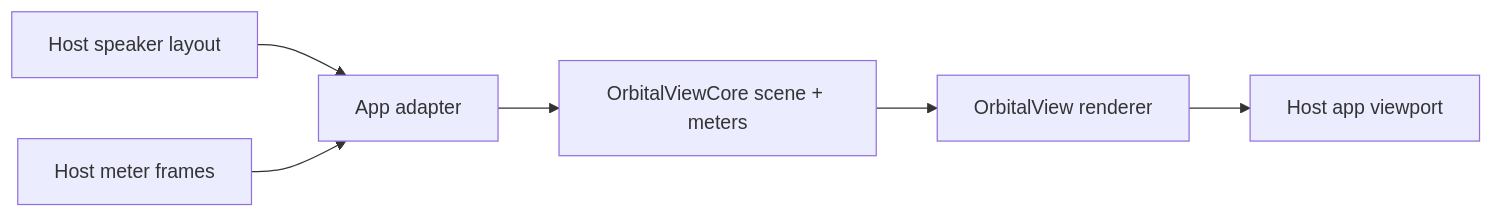
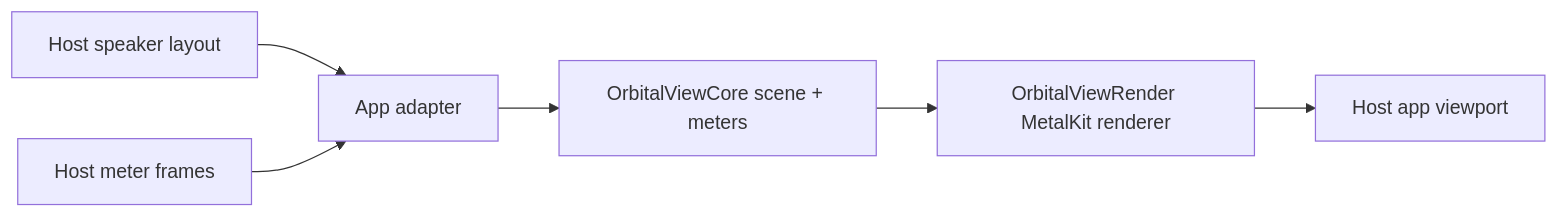
Before and after one commit to jebagu/orbital-view: the second of 5 diagrams in docs/system-flows.md, drawn with Mermaid. The commit also changed other lines of this file and 16 other files, not shown here.

Commit message:
Accept MetalKit renderer backend

````diff
--- a/docs/system-flows.md
+++ b/docs/system-flows.md
@@ -14,8 +14,8 @@
 ```mermaid
 flowchart LR
   HostLayout["Host speaker layout"] --> Adapter["App adapter"]
   HostMeters["Host meter frames"] --> Adapter
   Adapter --> Core["OrbitalViewCore scene + meters"]
-  Core --> Renderer["OrbitalView renderer"]
+  Core --> Renderer["OrbitalViewRender MetalKit renderer"]
   Renderer --> UI["Host app viewport"]
 ```
````
